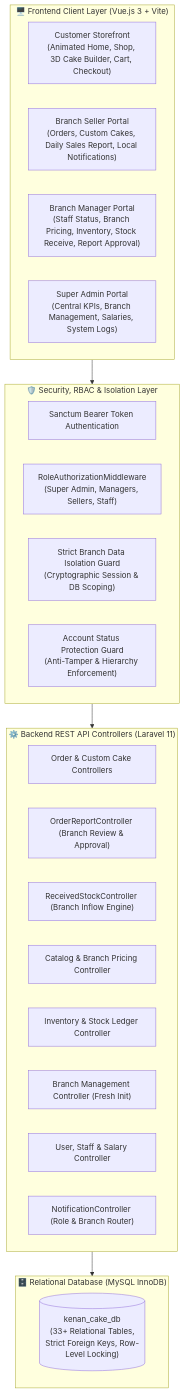
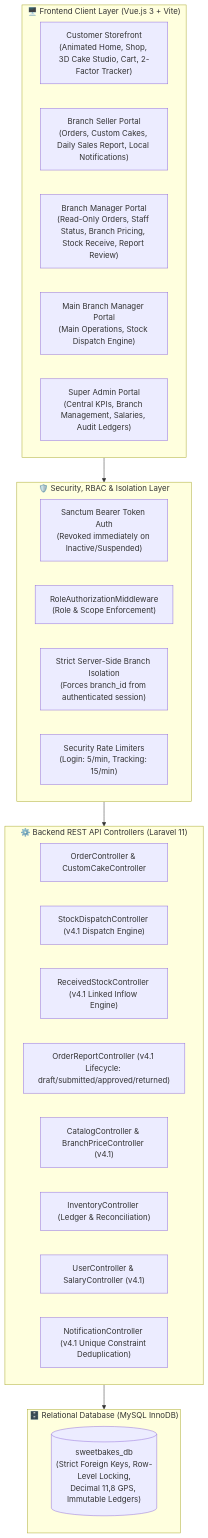
One commit to niga-star/Kenean-Cake-and-bread- changed the first of 7 diagrams in SYSTEM_DOCUMENTATION.md. Above: the diagram before and after it, drawn with Mermaid. The commit also changed other lines of this file, not shown here.

Commit message:
Update SYSTEM_DOCUMENTATION to v4.1 Revised: 14 defect resolutions, dispatch engine, 2-factor tracking, RBAC matrix, and schema enhancements

````diff
--- a/SYSTEM_DOCUMENTATION.md
+++ b/SYSTEM_DOCUMENTATION.md
@@ -26,35 +54,36 @@
 ```mermaid
 flowchart TD
     subgraph ClientLayer["🖥️ Frontend Client Layer (Vue.js 3 + Vite)"]
-        CustomerUI["Customer Storefront\n(Animated Home, Shop, 3D Cake Builder, Cart, Checkout)"]
+        CustomerUI["Customer Storefront\n(Animated Home, Shop, 3D Cake Studio, Cart, 2-Factor Tracker)"]
         SellerUI["Branch Seller Portal\n(Orders, Custom Cakes, Daily Sales Report, Local Notifications)"]
-        ManagerUI["Branch Manager Portal\n(Staff Status, Branch Pricing, Inventory, Stock Receive, Report Approval)"]
-        AdminUI["Super Admin Portal\n(Central KPIs, Branch Management, Salaries, System Logs)"]
+        ManagerUI["Branch Manager Portal\n(Read-Only Orders, Staff Status, Branch Pricing, Stock Receive, Report Review)"]
+        MainManagerUI["Main Branch Manager Portal\n(Main Operations, Stock Dispatch Engine)"]
+        AdminUI["Super Admin Portal\n(Central KPIs, Branch Management, Salaries, Audit Ledgers)"]
     end
 
     subgraph SecurityLayer["🛡️ Security, RBAC & Isolation Layer"]
-        SanctumAuth["Sanctum Bearer Token Authentication"]
-        RBACMiddleware["RoleAuthorizationMiddleware\n(Super Admin, Managers, Sellers, Staff)"]
-        BranchIsolation["Strict Branch Data Isolation Guard\n(Cryptographic Session & DB Scoping)"]
-        StatusGuard["Account Status Protection Guard\n(Anti-Tamper & Hierarchy Enforcement)"]
+        SanctumAuth["Sanctum Bearer Token Auth\n(Revoked immediately on Inactive/Suspended)"]
+        RBACMiddleware["RoleAuthorizationMiddleware\n(Role & Scope Enforcement)"]
+        BranchIsolation["Strict Server-Side Branch Isolation\n(Forces branch_id from authenticated session)"]
+        RateLimiter["Security Rate Limiters\n(Login: 5/min, Tracking: 15/min)"]
     end
 
     subgraph BackendLayer["⚙️ Backend REST API Controllers (Laravel 11)"]
-        OrderCtrl["Order & Custom Cake Controllers"]
-        ReportCtrl["OrderReportController (Branch Review & Approval)"]
-        StockRcvCtrl["ReceivedStockController (Branch Inflow Engine)"]
-        CatalogCtrl["Catalog & Branch Pricing Controller"]
-        InventoryCtrl["Inventory & Stock Ledger Controller"]
-        BranchCtrl["Branch Management Controller (Fresh Init)"]
-        UserCtrl["User, Staff & Salary Controller"]
-        NotifyCtrl["NotificationController (Role & Branch Router)"]
+        OrderCtrl["OrderController & CustomCakeController"]
+        DispatchCtrl["StockDispatchController (v4.1 Dispatch Engine)"]
+        StockRcvCtrl["ReceivedStockController (v4.1 Linked Inflow Engine)"]
+        ReportCtrl["OrderReportController (v4.1 Lifecycle: draft/submitted/approved/returned)"]
+        CatalogCtrl["CatalogController & BranchPriceController (v4.1)"]
+        InventoryCtrl["InventoryController (Ledger & Reconciliation)"]
+        UserCtrl["UserController & SalaryController (v4.1)"]
+        NotifyCtrl["NotificationController (v4.1 Unique Constraint Deduplication)"]
     end
 
     subgraph DatabaseLayer["🗄️ Relational Database (MySQL InnoDB)"]
-        CoreDB[("kenan_cake_db\n(33+ Relational Tables,\nStrict Foreign Keys, Row-Level Locking)")]
+        CoreDB[("sweetbakes_db\n(Strict Foreign Keys, Row-Level Locking,\nDecimal 11,8 GPS, Immutable Ledgers)")]
     end
 
     ClientLayer --> SecurityLayer
     SecurityLayer --> BackendLayer
     BackendLayer --> DatabaseLayer
 ```
````
